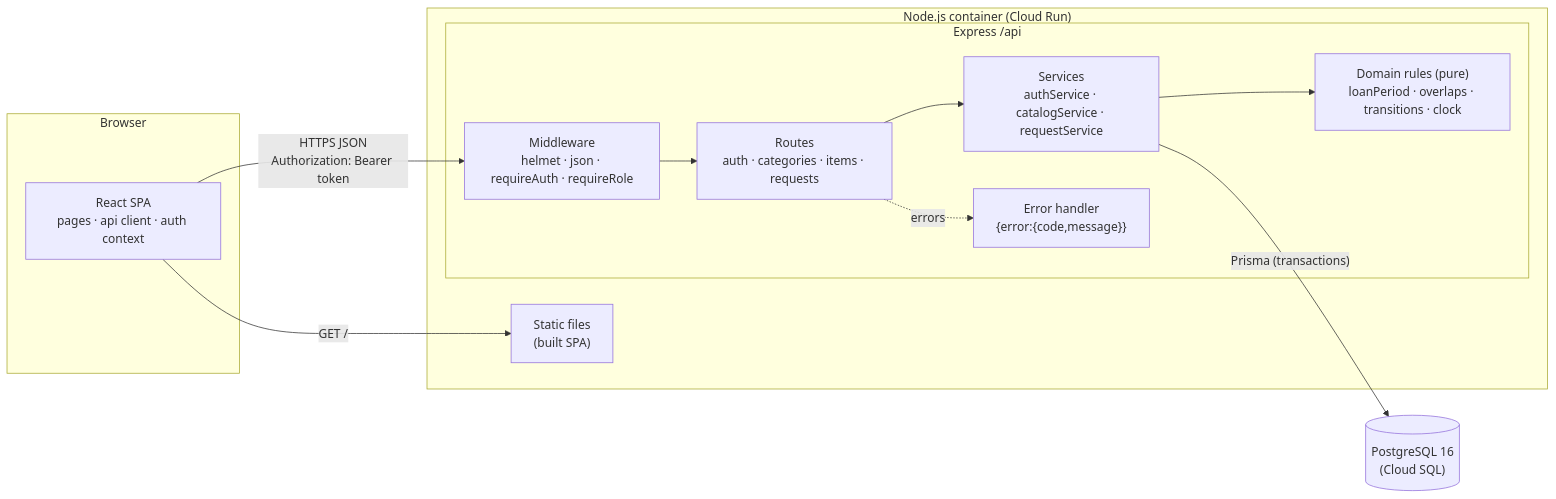
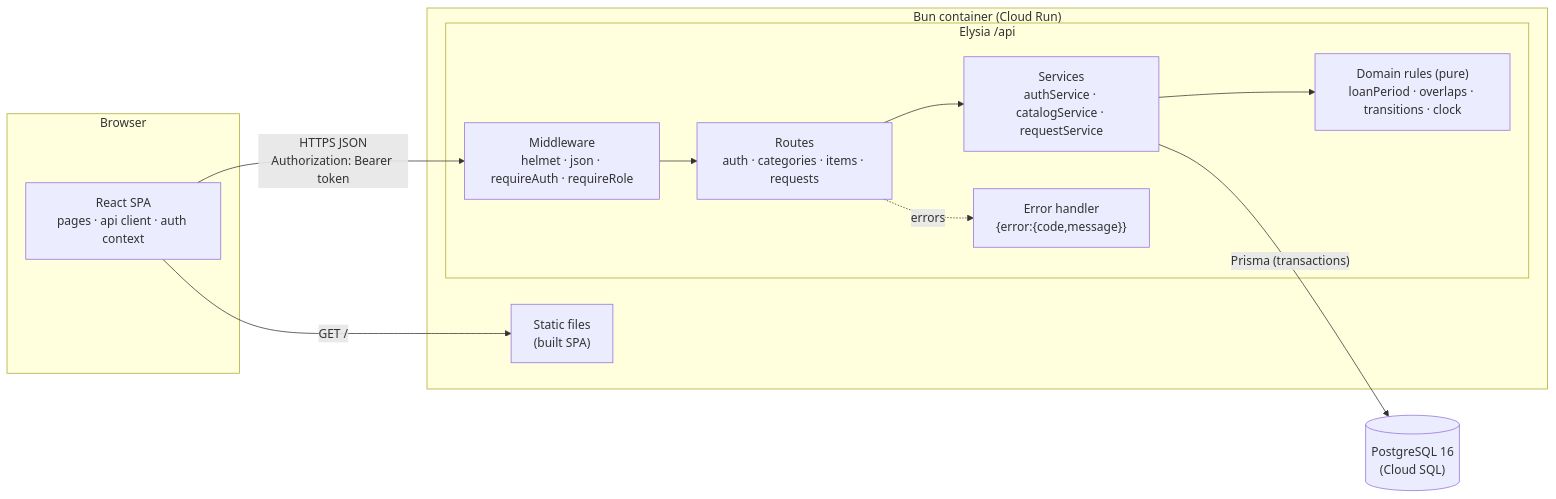
Before and after one commit to FakeKase/cpe334-sec01-team47: the first of 4 diagrams in docs/system-sds.md, drawn with Mermaid. The commit also changed other lines of this file and 27 other files, not shown here.

Commit message:
refactor(server): replace express with elysia on bun and npm with bun

````diff
--- a/docs/system-sds.md
+++ b/docs/system-sds.md
@@ -26,22 +26,22 @@
 ```mermaid
 flowchart LR
   subgraph Browser
     UI["React SPA<br/>pages · api client · auth context"]
   end
-  subgraph Container["Node.js container (Cloud Run)"]
+  subgraph Container["Bun container (Cloud Run)"]
     STATIC["Static files<br/>(built SPA)"]
-    subgraph API["Express /api"]
+    subgraph API["Elysia /api"]
       MW["Middleware<br/>helmet · json · requireAuth · requireRole"]
       R["Routes<br/>auth · categories · items · requests"]
       S["Services<br/>authService · catalogService · requestService"]
       RULES["Domain rules (pure)<br/>loanPeriod · overlaps · transitions · clock"]
       ERR["Error handler<br/>{error:{code,message}}"]
     end
   end
   DB[("PostgreSQL 16<br/>(Cloud SQL)")]
   UI -- "HTTPS JSON<br/>Authorization: Bearer token" --> MW --> R --> S
   S --> RULES
   S -- "Prisma (transactions)" --> DB
   R -. errors .-> ERR
   UI -- "GET /" --> STATIC
 ```
````
